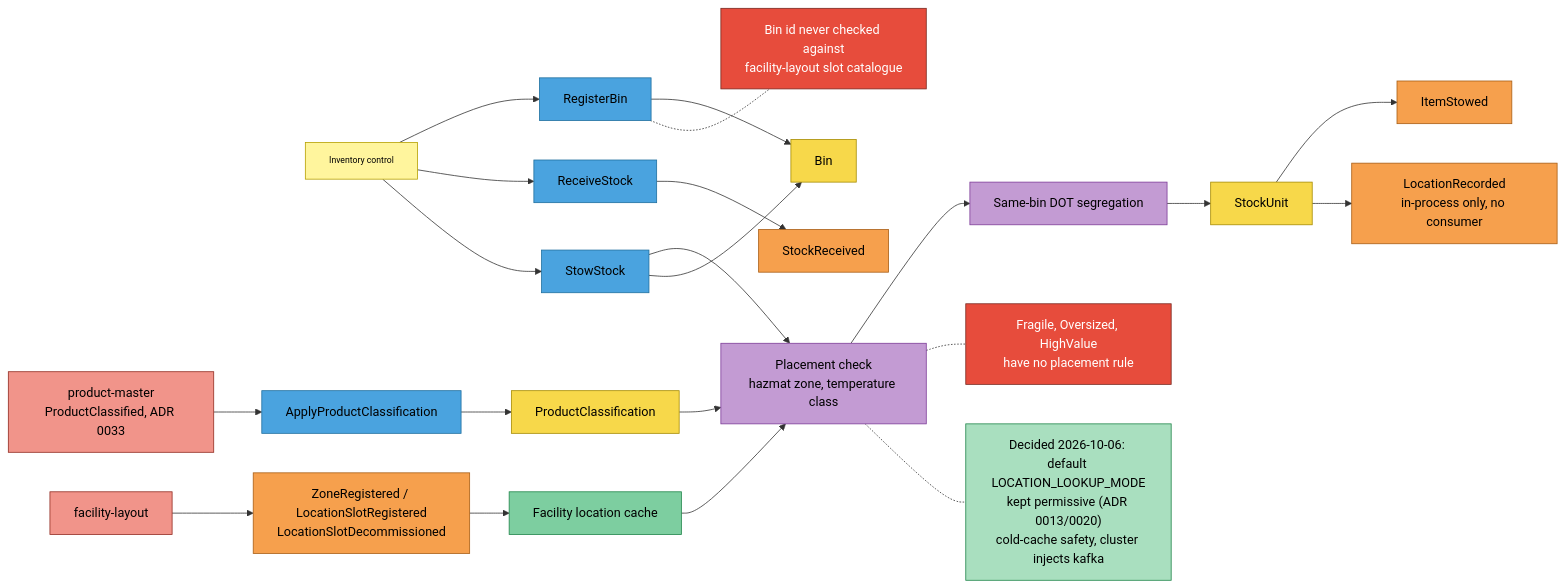
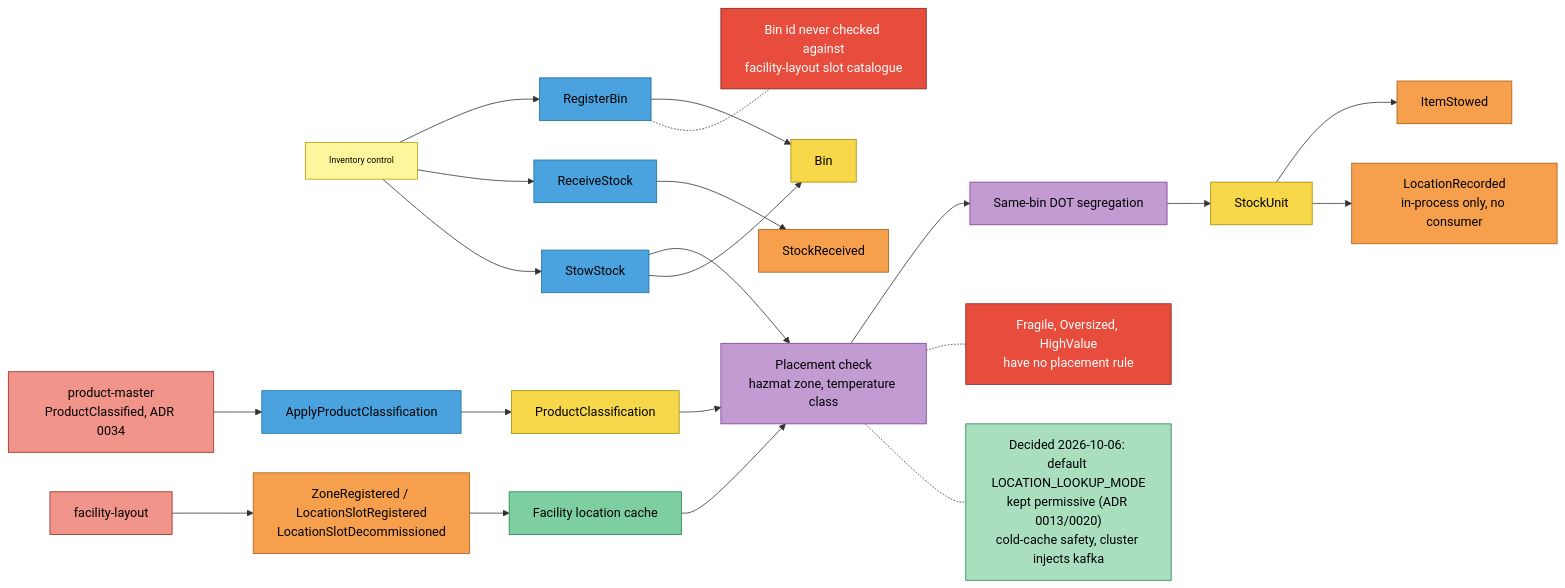
The second of 4 diagrams in docs/docs/ddd/eventstorming.md (IQVO/inventory-storage), drawn with Mermaid before and after one commit. The commit also changed other lines of this file and 45 other files, not shown here.

````diff
--- a/docs/docs/ddd/eventstorming.md
+++ b/docs/docs/ddd/eventstorming.md
@@ -42,47 +42,47 @@
 ```mermaid
 flowchart LR
     IC["Inventory control"]:::actor
     FL["facility-layout"]:::external
     ZE["ZoneRegistered / LocationSlotRegistered<br/>LocationSlotDecommissioned"]:::event
     CACHE["Facility location cache"]:::readmodel
     RB["RegisterBin"]:::command
     BIN["Bin"]:::aggregate
-    PM["product-master<br/>ProductClassified, ADR 0033"]:::external
+    PM["product-master<br/>ProductClassified, ADR 0034"]:::external
     CP["ApplyProductClassification"]:::command
     PC["ProductClassification"]:::aggregate
     RS["ReceiveStock"]:::command
     SRE["StockReceived"]:::event
     SS["StowStock"]:::command
     PLC["Placement check<br/>hazmat zone, temperature class"]:::policy
     SEG["Same-bin DOT segregation"]:::policy
     SU["StockUnit"]:::aggregate
     IS["ItemStowed"]:::event
     LR["LocationRecorded<br/>in-process only, no consumer"]:::event
     H1["Bin id never checked against<br/>facility-layout slot catalogue"]:::hotspot
     H2["Fragile, Oversized, HighValue<br/>have no placement rule"]:::hotspot
     H3["Decided 2026-10-06: default LOCATION_LOOKUP_MODE<br/>kept permissive (ADR 0013/0020)<br/>cold-cache safety, cluster injects kafka"]:::decided
 
     FL --> ZE --> CACHE
     IC --> RB --> BIN
     PM --> CP --> PC --> PLC
     IC --> RS --> SRE
     IC --> SS --> PLC
     CACHE --> PLC
     PLC --> SEG --> SU
     SS --> BIN
     SU --> IS
     SU --> LR
     RB -.- H1
     PLC -.- H2
     PLC -.- H3
 
     classDef actor fill:#fff59d,stroke:#b59f00,color:#000,font-size:11px
     classDef command fill:#4aa3df,stroke:#1f6f9f,color:#000
     classDef aggregate fill:#f7d84a,stroke:#a68b00,color:#000
     classDef event fill:#f6a04d,stroke:#a85d14,color:#000
     classDef policy fill:#c39bd3,stroke:#7d3c98,color:#000
     classDef readmodel fill:#7dcea0,stroke:#1e8449,color:#000
     classDef external fill:#f1948a,stroke:#922b21,color:#000
     classDef hotspot fill:#e74c3c,stroke:#78281f,color:#fff
     classDef decided fill:#a9dfbf,stroke:#1e8449,color:#000
 ```
````
